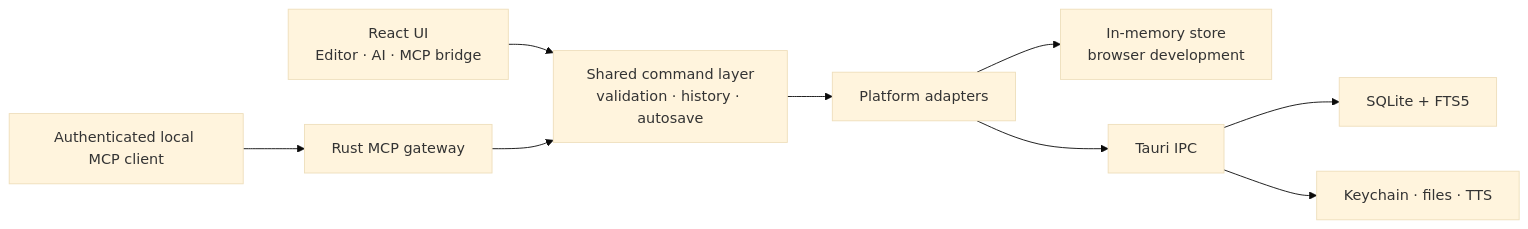
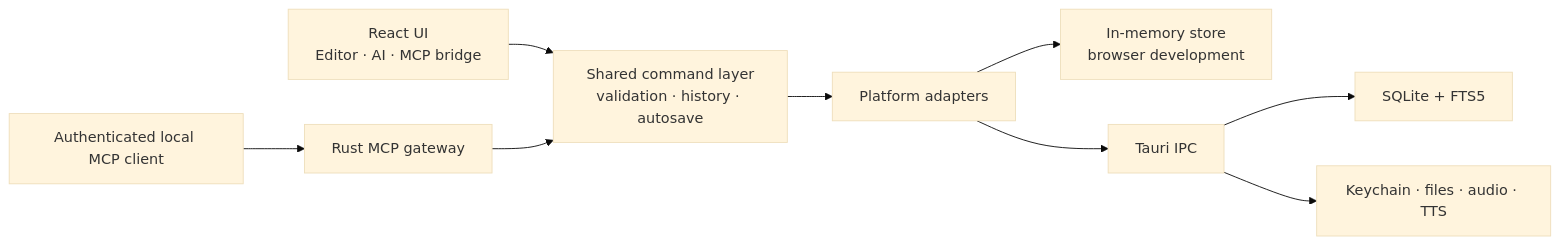
The diagram in README.md (kilianvivien/NotaBene), drawn with Mermaid (base theme) before and after one commit. The commit also changed other lines of this file and 1 other file, not shown here.

````diff
--- a/README.md
+++ b/README.md
@@ -449,11 +163,11 @@
 ```mermaid
 flowchart LR
     UI["React UI<br/>Editor · AI · MCP bridge"] --> CMD["Shared command layer<br/>validation · history · autosave"]
     CMD --> ADAPTERS["Platform adapters"]
     ADAPTERS --> MEMORY["In-memory store<br/>browser development"]
     ADAPTERS --> TAURI["Tauri IPC"]
     TAURI --> DB["SQLite + FTS5"]
-    TAURI --> OS["Keychain · files · TTS"]
+    TAURI --> OS["Keychain · files · audio · TTS"]
     MCP["Authenticated local MCP client"] --> GATEWAY["Rust MCP gateway"]
     GATEWAY --> CMD
 ```
````
